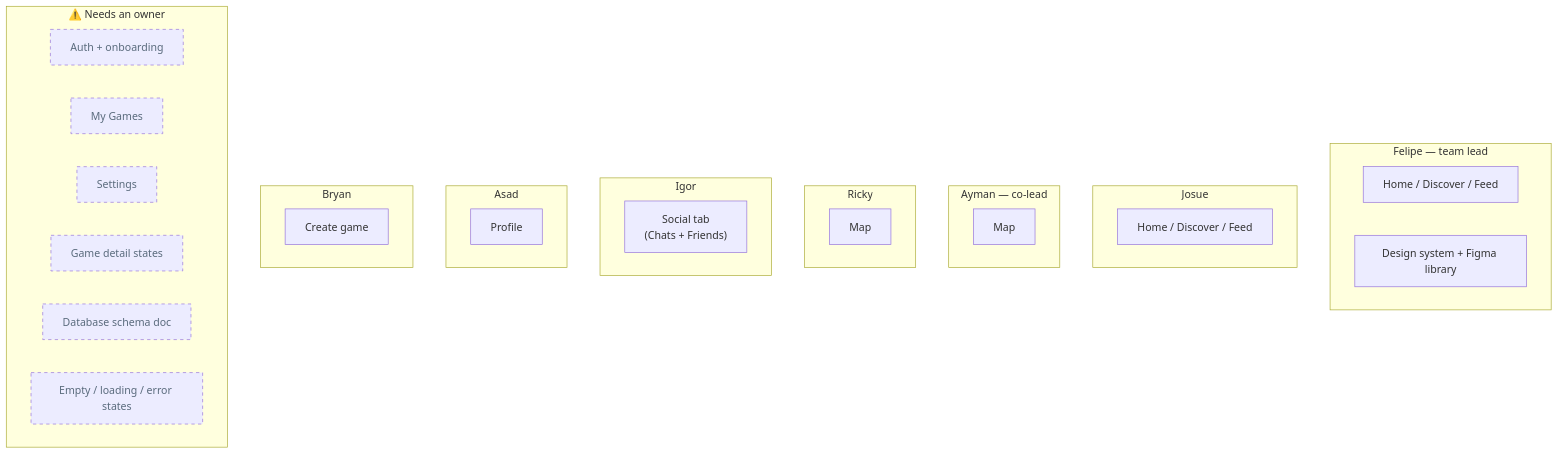
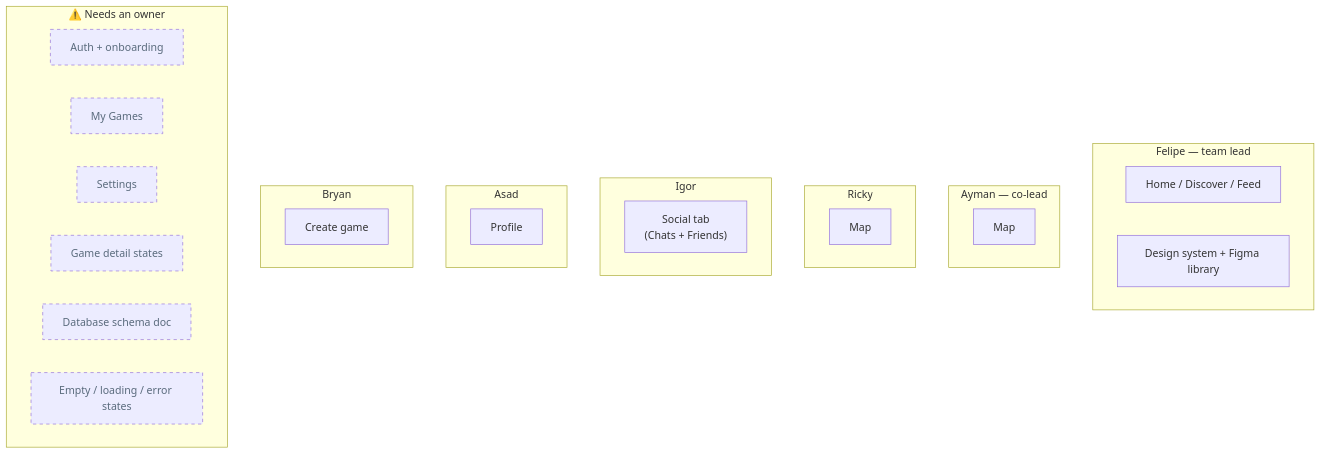
One commit to aymanlaassel/pantherplay changed the ninth of 9 diagrams in docs/ARCHITECTURE.md. Above: the diagram before and after it, drawn with Mermaid. The commit also changed 1 other file, not shown here.

Commit message:
removed josue from docs (#74)

````diff
--- a/docs/ARCHITECTURE.md
+++ b/docs/ARCHITECTURE.md
@@ -464,36 +464,33 @@
 ```mermaid
 flowchart TB
   subgraph Felipe["Felipe — team lead"]
     F1["Home / Discover / Feed"]
     F2["Design system + Figma library"]
-  end
-  subgraph Josue["Josue"]
-    J1["Home / Discover / Feed"]
   end
   subgraph Ayman["Ayman — co-lead"]
     A1["Map"]
   end
   subgraph Ricky["Ricky"]
     R1["Map"]
   end
   subgraph Igor["Igor"]
     I1["Social tab<br/>(Chats + Friends)"]
   end
   subgraph Asad["Asad"]
     S1["Profile"]
   end
   subgraph Bryan["Bryan"]
     B1["Create game"]
   end
   subgraph Unowned["⚠️ Needs an owner"]
     U1["Auth + onboarding"]
     U2["My Games"]
     U3["Settings"]
     U4["Game detail states"]
     U5["Database schema doc"]
     U6["Empty / loading / error states"]
   end
 
   classDef pending stroke-dasharray: 5 5,color:#5A6B7D
   class U1,U2,U3,U4,U5,U6 pending
 ```
````
